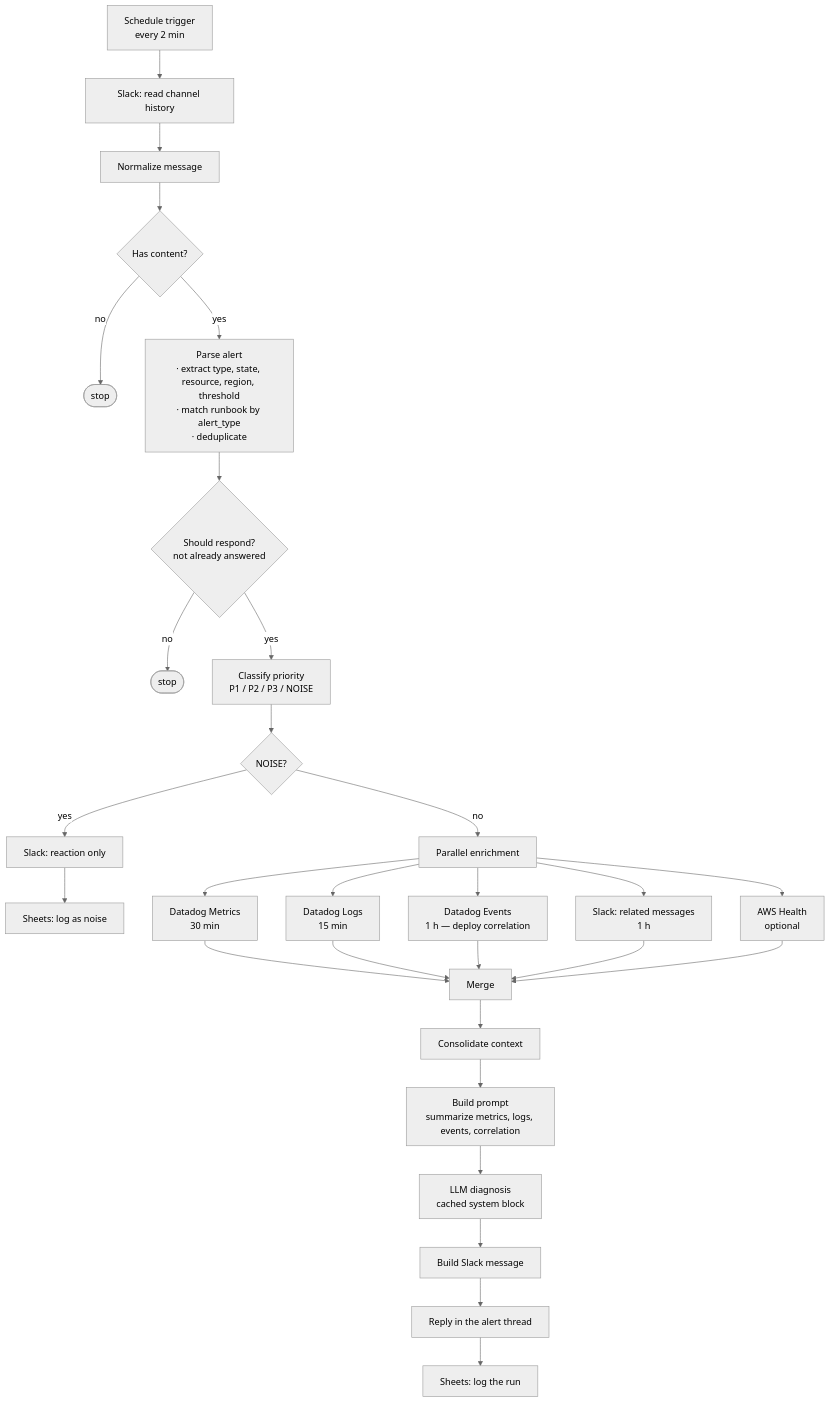
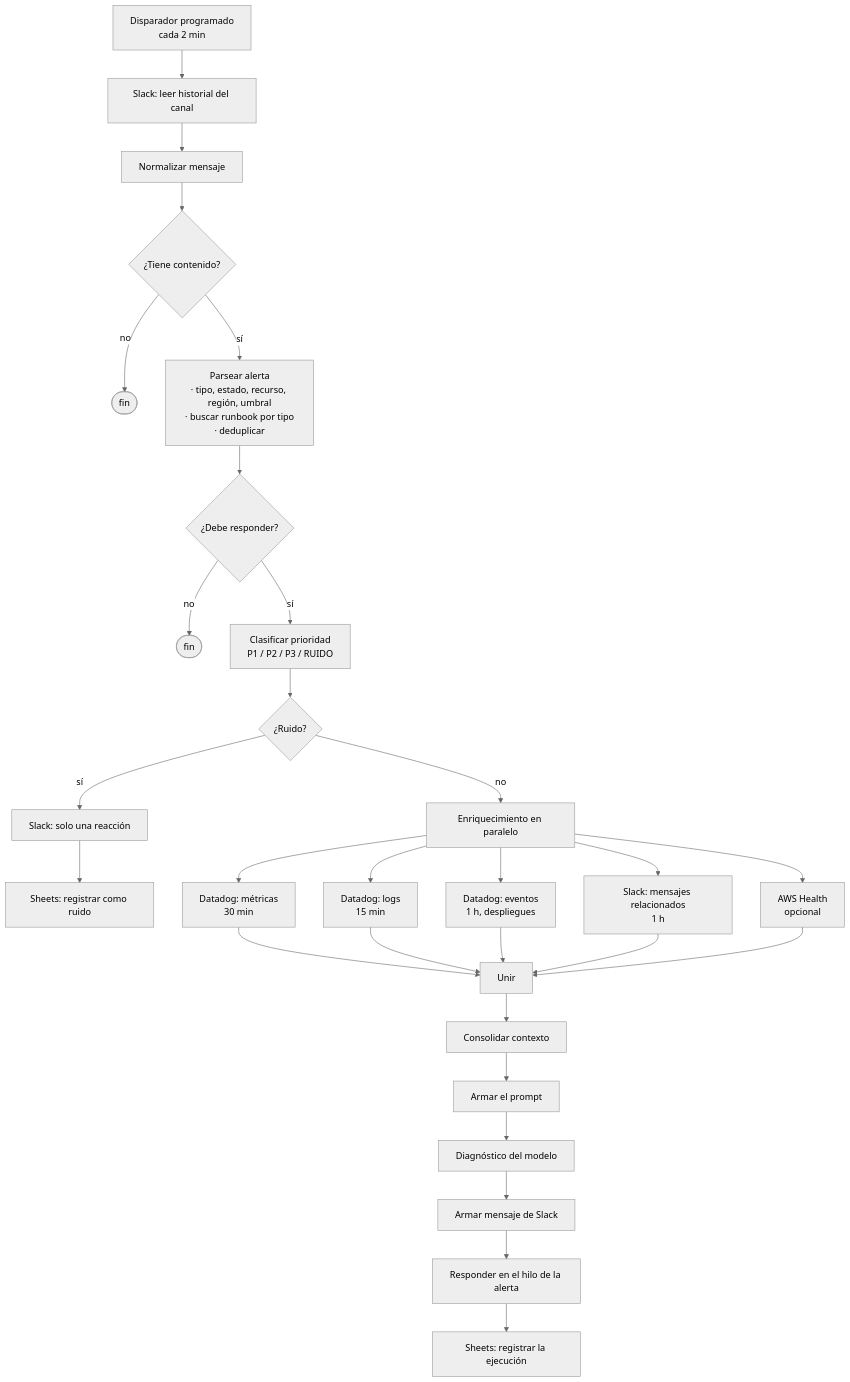
Before and after one commit to JuanCoder23/noc-bot: the diagram in README.md, drawn with Mermaid (neutral theme). The commit also changed other lines of this file and 3 other files, not shown here.

````diff
--- a/README.md
+++ b/README.md
@@ -153,33 +31,33 @@
 ```mermaid
 flowchart TD
-    A["Schedule trigger<br/>every 2 min"] --> B["Slack: read channel history"]
-    B --> C["Normalize message"]
-    C --> D{"Has content?"}
-    D -->|no| Z1(["stop"])
-    D -->|yes| E["Parse alert<br/>· extract type, state, resource, region, threshold<br/>· match runbook by alert_type<br/>· deduplicate"]
-    E --> F{"Should respond?<br/>not already answered"}
-    F -->|no| Z2(["stop"])
-    F -->|yes| G["Classify priority<br/>P1 / P2 / P3 / NOISE"]
-    G --> H{"NOISE?"}
-    H -->|yes| I["Slack: reaction only"] --> J["Sheets: log as noise"]
-    H -->|no| K["Parallel enrichment"]
+    A["Disparador programado<br/>cada 2 min"] --> B["Slack: leer historial del canal"]
+    B --> C["Normalizar mensaje"]
+    C --> D{"¿Tiene contenido?"}
+    D -->|no| Z1(["fin"])
+    D -->|sí| E["Parsear alerta<br/>· tipo, estado, recurso, región, umbral<br/>· buscar runbook por tipo<br/>· deduplicar"]
+    E --> F{"¿Debe responder?"}
+    F -->|no| Z2(["fin"])
+    F -->|sí| G["Clasificar prioridad<br/>P1 / P2 / P3 / RUIDO"]
+    G --> H{"¿Ruido?"}
+    H -->|sí| I["Slack: solo una reacción"] --> J["Sheets: registrar como ruido"]
+    H -->|no| K["Enriquecimiento en paralelo"]
 
-    K --> L1["Datadog Metrics<br/>30 min"]
-    K --> L2["Datadog Logs<br/>15 min"]
-    K --> L3["Datadog Events<br/>1 h — deploy correlation"]
-    K --> L4["Slack: related messages<br/>1 h"]
-    K --> L5["AWS Health<br/>optional"]
+    K --> L1["Datadog: métricas<br/>30 min"]
+    K --> L2["Datadog: logs<br/>15 min"]
+    K --> L3["Datadog: eventos<br/>1 h, despliegues"]
+    K --> L4["Slack: mensajes relacionados<br/>1 h"]
+    K --> L5["AWS Health<br/>opcional"]
 
-    L1 --> M["Merge"]
+    L1 --> M["Unir"]
     L2 --> M
     L3 --> M
     L4 --> M
     L5 --> M
 
-    M --> N["Consolidate context"]
-    N --> O["Build prompt<br/>summarize metrics, logs, events, correlation"]
-    O --> P["LLM diagnosis<br/>cached system block"]
-    P --> Q["Build Slack message"]
-    Q --> R["Reply in the alert thread"]
-    R --> S["Sheets: log the run"]
+    M --> N["Consolidar contexto"]
+    N --> O["Armar el prompt"]
+    O --> P["Diagnóstico del modelo"]
+    P --> Q["Armar mensaje de Slack"]
+    Q --> R["Responder en el hilo de la alerta"]
+    R --> S["Sheets: registrar la ejecución"]
 ```
````
